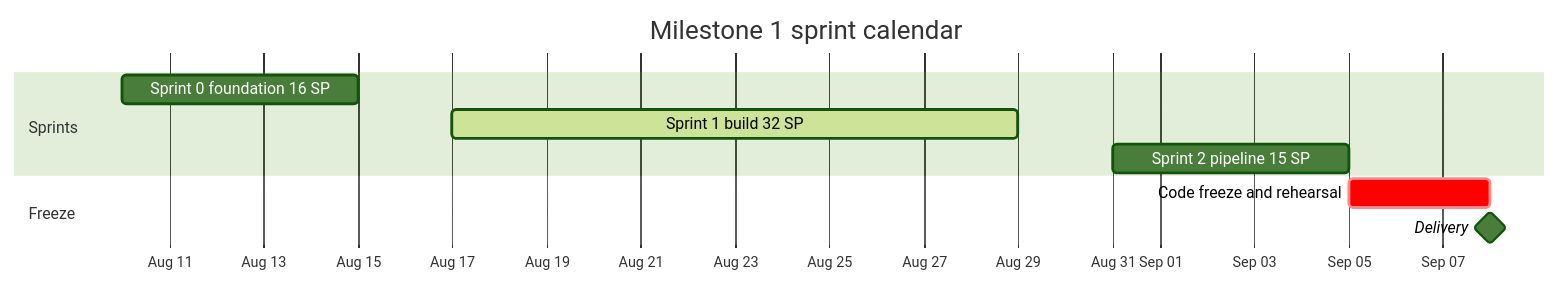
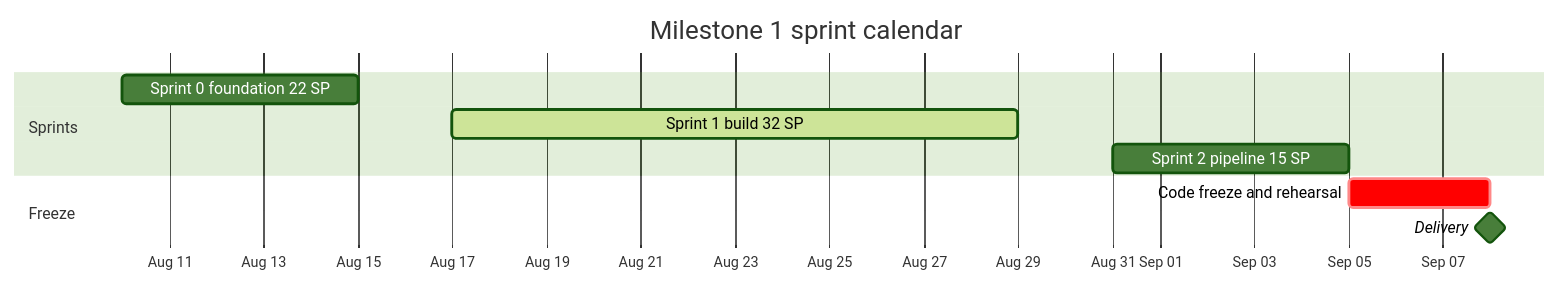
Before and after one commit to Equipo-03-Proyecto10/retail-segmentation: the diagram in docs/scrum/02-release-plan-and-sprint-calendar.md, drawn with Mermaid (forest theme). The commit also changed other lines of this file and 1 other file, not shown here.

First line of the commit message:
docs(scrum): align Sprint 0 commitment and deliverable owners (#31)

````diff
--- a/docs/scrum/02-release-plan-and-sprint-calendar.md
+++ b/docs/scrum/02-release-plan-and-sprint-calendar.md
@@ -28,13 +28,13 @@
 ```mermaid
 gantt
     title Milestone 1 sprint calendar
     dateFormat YYYY-MM-DD
     axisFormat %b %d
     section Sprints
-    Sprint 0 foundation 16 SP    :s0, 2026-08-10, 5d
+    Sprint 0 foundation 22 SP    :s0, 2026-08-10, 5d
     Sprint 1 build 32 SP         :active, s1, 2026-08-17, 12d
     Sprint 2 pipeline 15 SP      :s2, 2026-08-31, 5d
     section Freeze
     Code freeze and rehearsal    :crit, hd, 2026-09-05, 3d
     Delivery                     :milestone, m1, 2026-09-08, 0d
 ```
````
